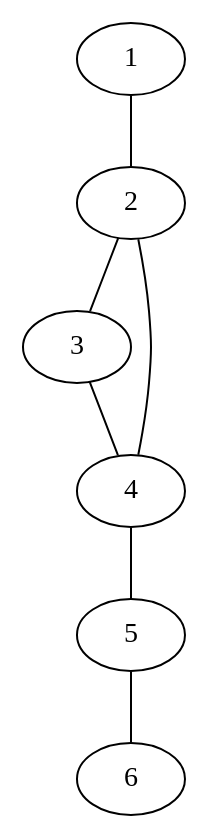
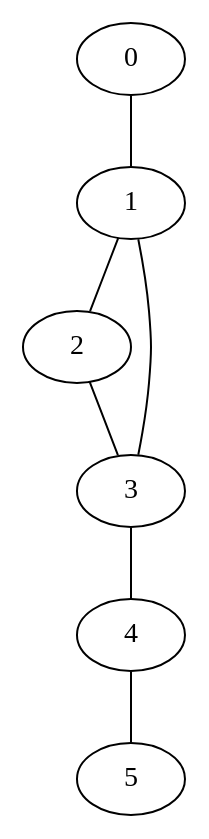
Before and after one commit to McFlip/k-automorphic-graph: the diagram in test_k_1.dot, drawn with Graphviz. The commit also changed 8 other files, not shown here.

```diff
--- a/test_k_1.dot
+++ b/test_k_1.dot
@@ -1,14 +1,14 @@
 graph g {
+  0;
   1;
   2;
   3;
   4;
   5;
-  6;
+  0 -- 1;
   1 -- 2;
+  1 -- 3;
   2 -- 3;
-  2 -- 4;
   3 -- 4;
   4 -- 5;
-  5 -- 6;
 }
```
